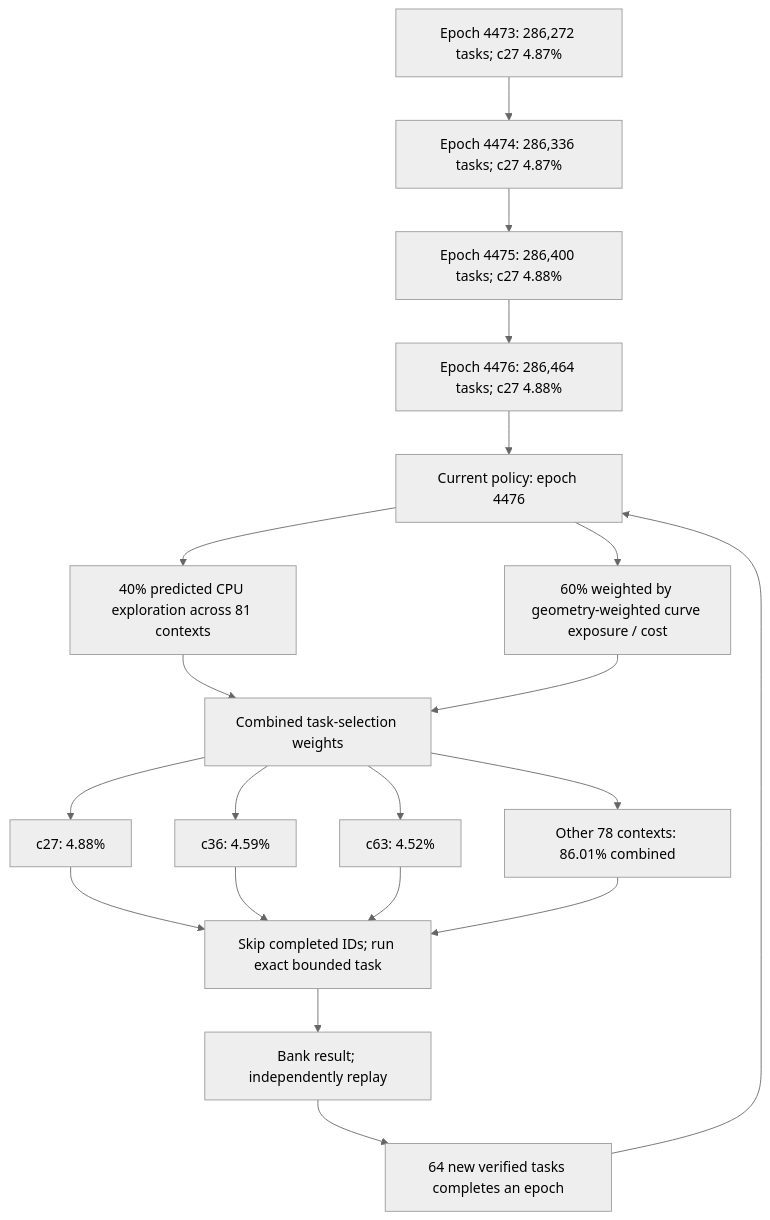
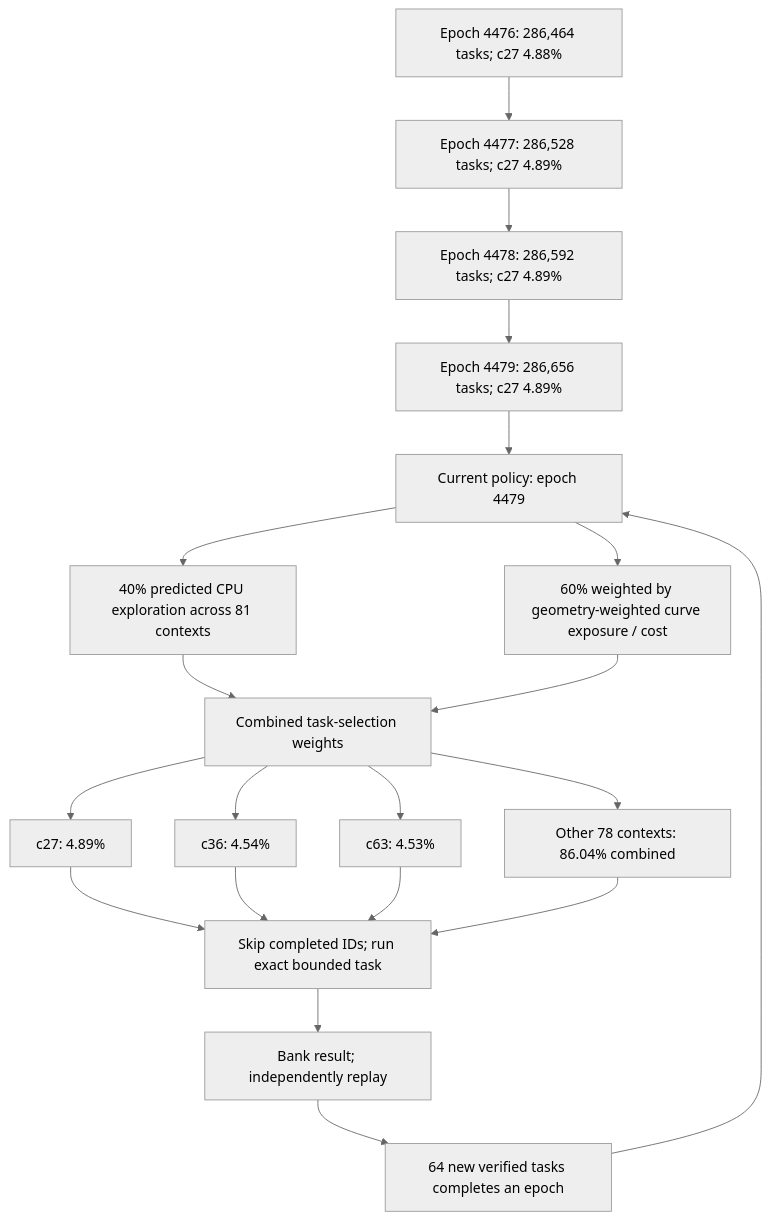
The first of 3 diagrams in README.md (Kuberwastaken/math-gambling), drawn with Mermaid (neutral theme) before and after one commit. The commit also changed other lines of this file and 2615 other files, not shown here.

````diff
--- a/README.md
+++ b/README.md
@@ -60,27 +60,27 @@
 ```mermaid
 flowchart TD
-    H0["Epoch 4473: 286,272 tasks; c27 4.87%"]
-    H1["Epoch 4474: 286,336 tasks; c27 4.87%"]
+    H0["Epoch 4476: 286,464 tasks; c27 4.88%"]
+    H1["Epoch 4477: 286,528 tasks; c27 4.89%"]
     H0 --> H1
-    H2["Epoch 4475: 286,400 tasks; c27 4.88%"]
+    H2["Epoch 4478: 286,592 tasks; c27 4.89%"]
     H1 --> H2
-    H3["Epoch 4476: 286,464 tasks; c27 4.88%"]
+    H3["Epoch 4479: 286,656 tasks; c27 4.89%"]
     H2 --> H3
-    Policy["Current policy: epoch 4476"]
+    Policy["Current policy: epoch 4479"]
     H3 --> Policy
     Policy --> Explore["40% predicted CPU exploration across 81 contexts"]
     Policy --> Cost["60% weighted by geometry-weighted curve exposure / cost"]
     Explore --> Mix["Combined task-selection weights"]
     Cost --> Mix
-    Mix --> C0["c27: 4.88%"]
-    Mix --> C1["c36: 4.59%"]
-    Mix --> C2["c63: 4.52%"]
-    Mix --> Rest["Other 78 contexts: 86.01% combined"]
+    Mix --> C0["c27: 4.89%"]
+    Mix --> C1["c36: 4.54%"]
+    Mix --> C2["c63: 4.53%"]
+    Mix --> Rest["Other 78 contexts: 86.04% combined"]
     C0 --> Check["Skip completed IDs; run exact bounded task"]
     C1 --> Check
     C2 --> Check
     Rest --> Check
     Check --> Replay["Bank result; independently replay"]
     Replay --> Gate["64 new verified tasks completes an epoch"]
     Gate --> Policy
 ```
````
